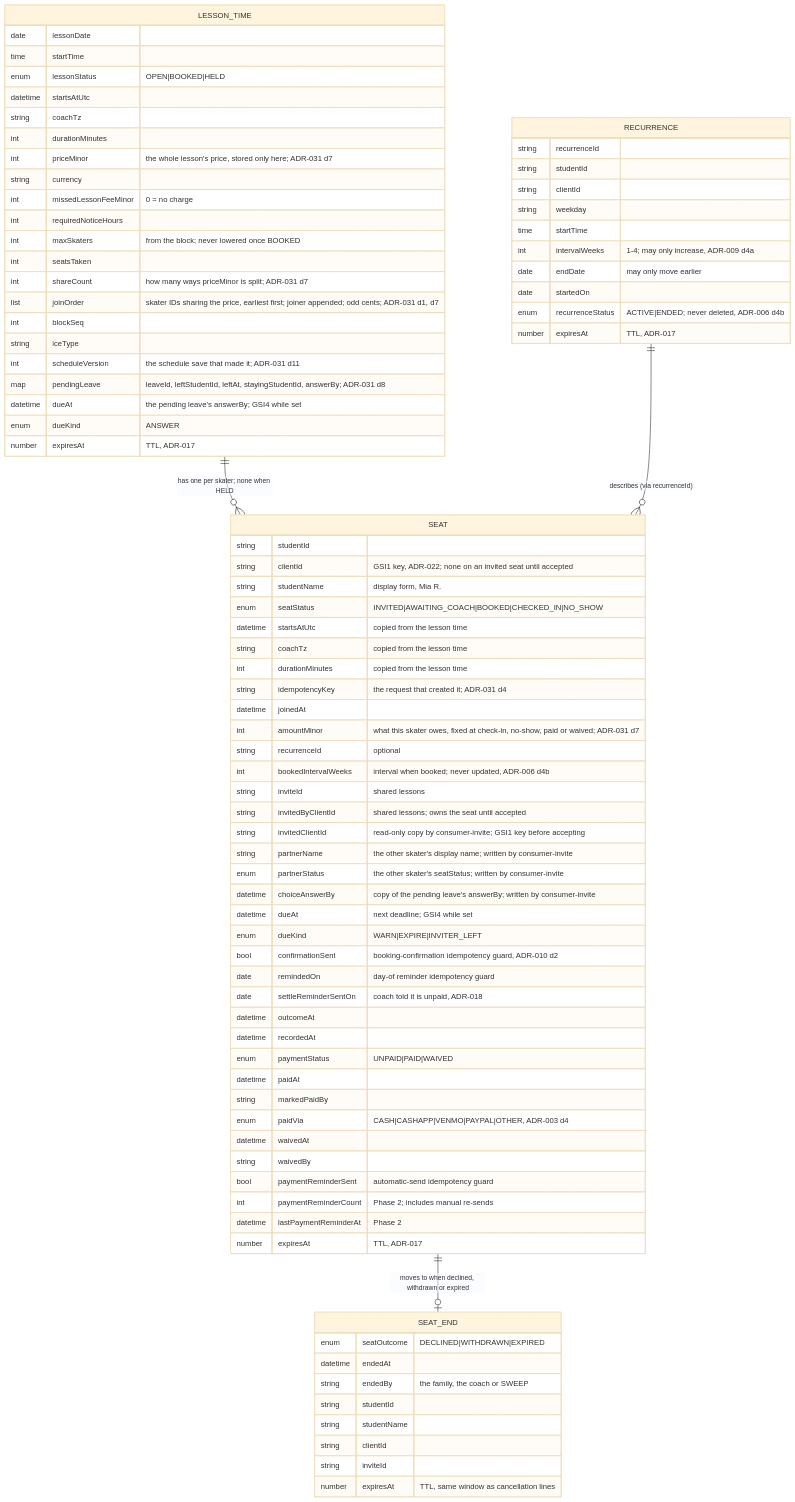
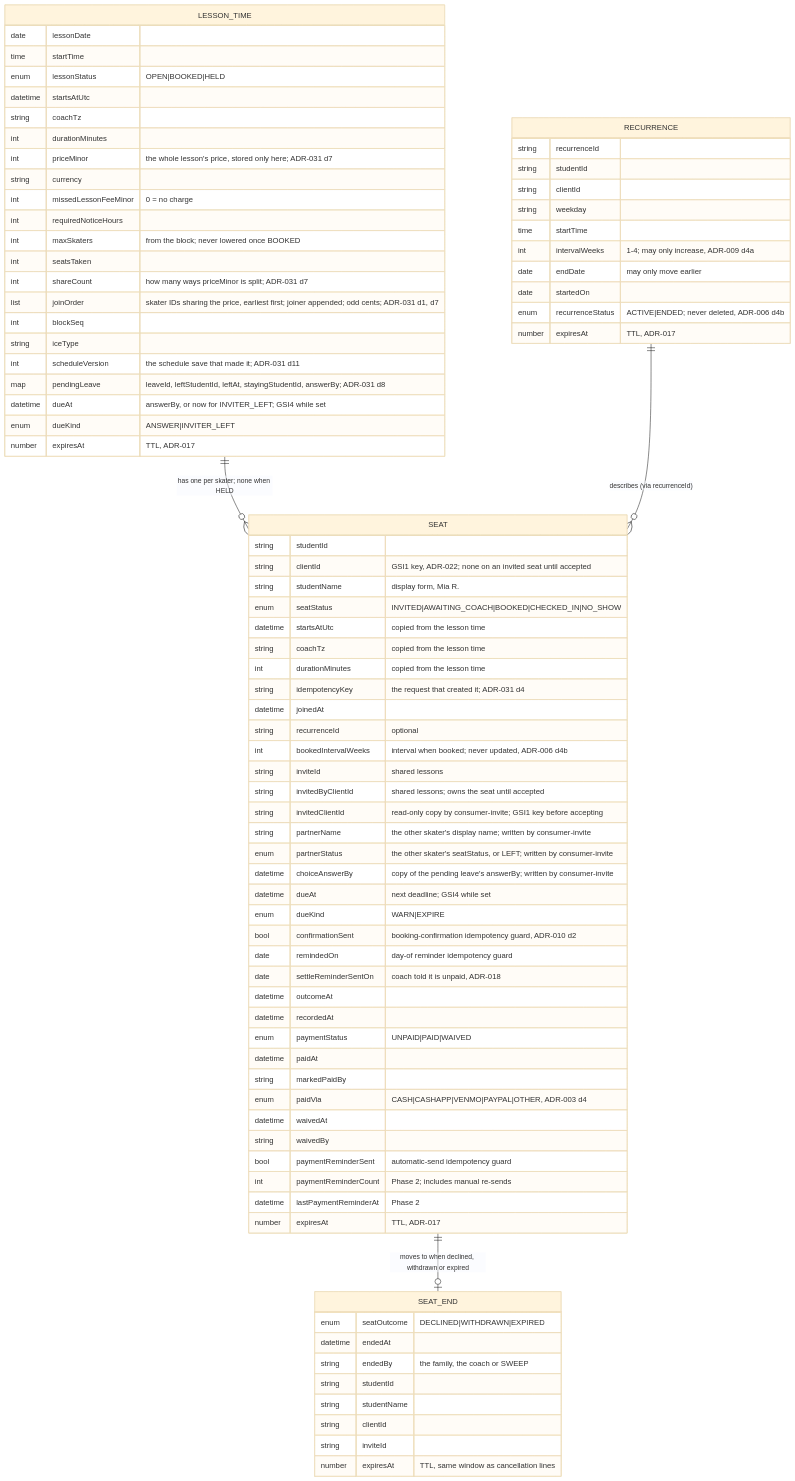
One commit to jessicamvega6/bladebook changed the sixth of 28 diagrams in docs/architecture.md. Above: the diagram before and after it, drawn with Mermaid (base theme). The commit also changed other lines of this file and 30 other files, not shown here.

```diff
--- a/docs/architecture.md
+++ b/docs/architecture.md
@@ -399,8 +399,8 @@
         string iceType
         int    scheduleVersion "the schedule save that made it; ADR-031 d11"
         map    pendingLeave "leaveId, leftStudentId, leftAt, stayingStudentId, answerBy; ADR-031 d8"
-        datetime dueAt "the pending leave's answerBy; GSI4 while set"
-        enum   dueKind "ANSWER"
+        datetime dueAt "answerBy, or now for INVITER_LEFT; GSI4 while set"
+        enum   dueKind "ANSWER|INVITER_LEFT"
         number expiresAt "TTL, ADR-017"
     }
     SEAT {
@@ -413,17 +413,16 @@
         int    durationMinutes "copied from the lesson time"
         string idempotencyKey "the request that created it; ADR-031 d4"
         datetime joinedAt
-        int    amountMinor "what this skater owes, fixed at check-in, no-show, paid or waived; ADR-031 d7"
         string recurrenceId "optional"
         int    bookedIntervalWeeks "interval when booked; never updated, ADR-006 d4b"
         string inviteId "shared lessons"
         string invitedByClientId "shared lessons; owns the seat until accepted"
         string invitedClientId "read-only copy by consumer-invite; GSI1 key before accepting"
         string partnerName "the other skater's display name; written by consumer-invite"
-        enum   partnerStatus "the other skater's seatStatus; written by consumer-invite"
+        enum   partnerStatus "the other skater's seatStatus, or LEFT; written by consumer-invite"
         datetime choiceAnswerBy "copy of the pending leave's answerBy; written by consumer-invite"
         datetime dueAt "next deadline; GSI4 while set"
-        enum   dueKind "WARN|EXPIRE|INVITER_LEFT"
+        enum   dueKind "WARN|EXPIRE"
         bool   confirmationSent "booking-confirmation idempotency guard, ADR-010 d2"
         date   remindedOn "day-of reminder idempotency guard"
         date   settleReminderSentOn "coach told it is unpaid, ADR-018"
```
